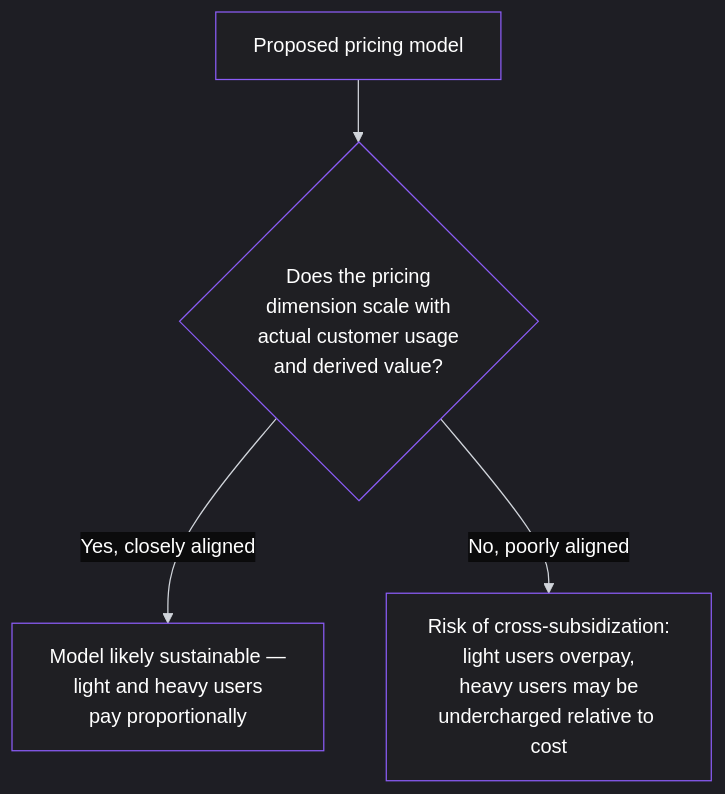
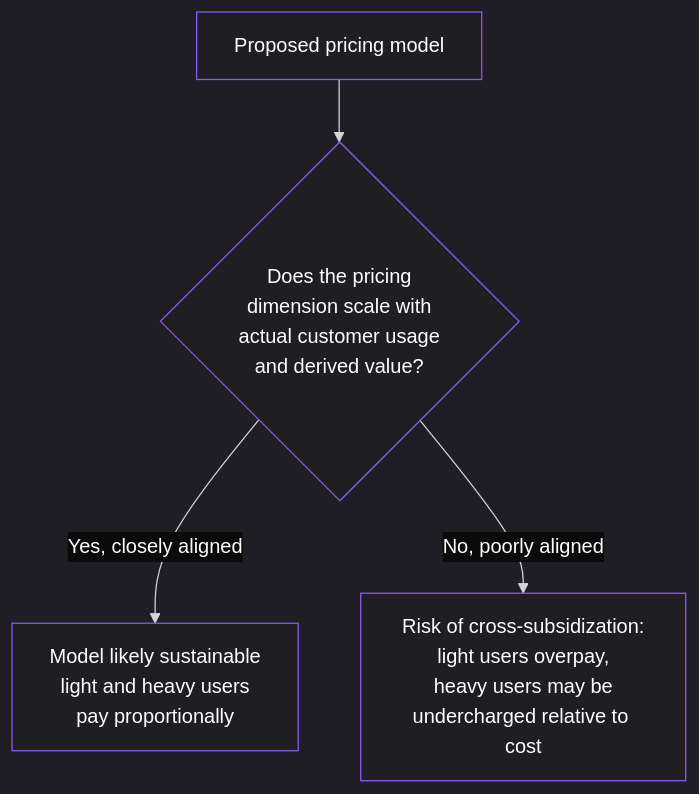
Before and after one commit to pmacademy-app/web: the second of 2 diagrams in content/lessons/lesson-048.md, drawn with Mermaid. The commit also changed other lines of this file and 90 other files, not shown here.

````diff
--- a/content/lessons/lesson-048.md
+++ b/content/lessons/lesson-048.md
@@ -139,36 +139,36 @@
 ```mermaid
 %%{init: {
   "theme": "dark",
   "themeVariables": {
     "background": "#0b0b0c",
     "primaryColor": "#1f1f23",
     "primaryTextColor": "#ffffff",
     "primaryBorderColor": "#8b5cf6",
     "lineColor": "#d1d5db",
     "secondaryColor": "#18181b",
     "tertiaryColor": "#111111",
     "mainBkg": "#1f1f23",
     "nodeBorder": "#8b5cf6",
     "clusterBkg": "#000000",
     "clusterBorder": "#27272a",
     "titleColor": "#ffffff",
     "edgeLabelBackground": "#0b0b0c",
     "nodeTextColor": "#ffffff",
     "edgeLabelColor": "#ffffff",
     "actorBorder": "#8b5cf6",
     "actorBkg": "#1f1f23",
     "actorTextColor": "#ffffff",
     "sequenceNumberColor": "#ffffff",
     "signalColor": "#8b5cf6",
     "signalTextColor": "#ffffff",
     "textColor": "#ffffff",
     "classText": "#ffffff",
     "classBorder": "#8b5cf6",
     "classBkg": "#1f1f23"
   }
 }}%%
 graph TD
     A[Proposed pricing model] --> B{Does the pricing<br/>dimension scale with<br/>actual customer usage<br/>and derived value?}
-    B -->|Yes, closely aligned| C[Model likely sustainable —<br/>light and heavy users<br/>pay proportionally]
+    B -->|Yes, closely aligned| C[Model likely sustainable <br/>light and heavy users<br/>pay proportionally]
     B -->|No, poorly aligned| D[Risk of cross-subsidization:<br/>light users overpay,<br/>heavy users may be<br/>undercharged relative to cost]
 ```
````
